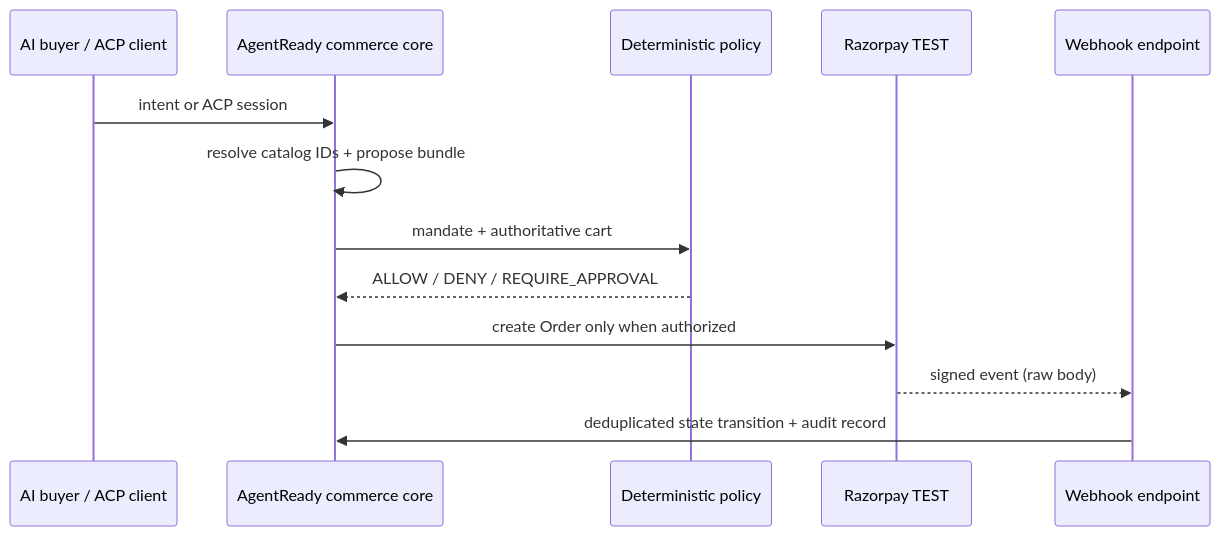
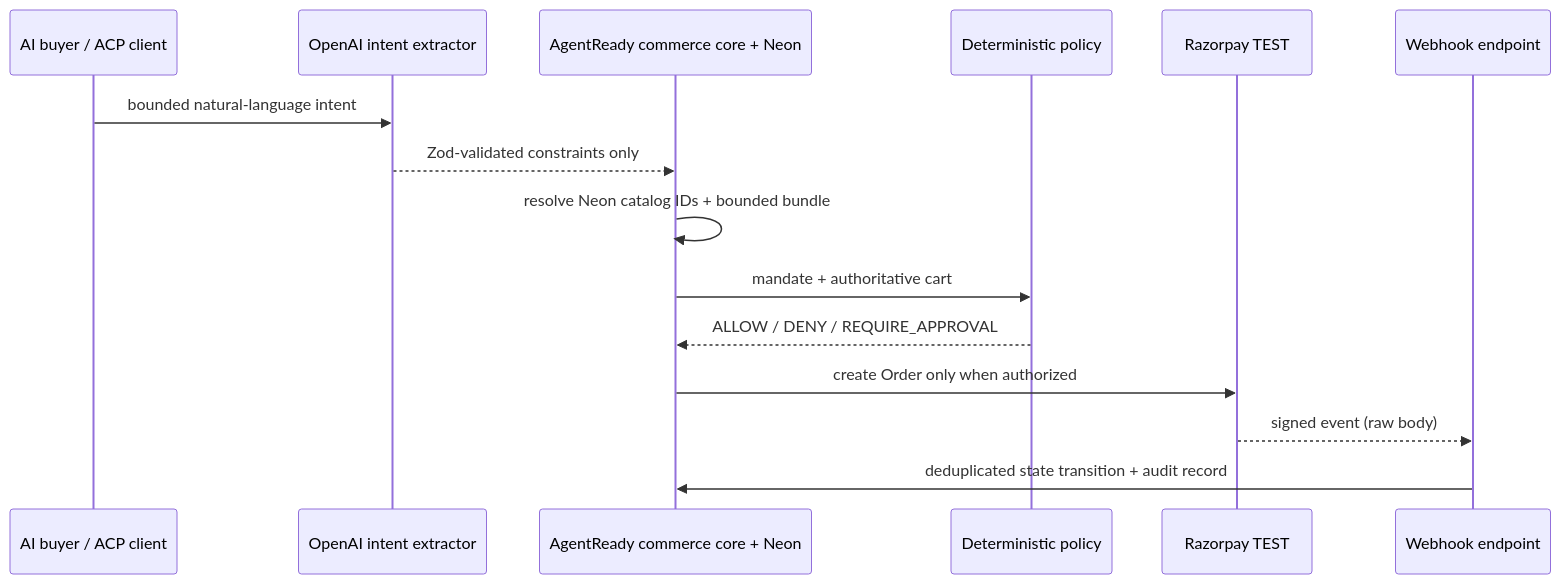
Before and after one commit to rishabh280305/razorpay: the diagram in docs/ARCHITECTURE.md, drawn with Mermaid. The commit also changed other lines of this file and 35 other files, not shown here.

Commit message:
feat: ship hosted AI commerce planning and durable ACP

````diff
--- a/docs/ARCHITECTURE.md
+++ b/docs/ARCHITECTURE.md
@@ -5,15 +5,17 @@
 ```mermaid
 sequenceDiagram
   participant A as AI buyer / ACP client
-  participant C as AgentReady commerce core
+  participant O as OpenAI intent extractor
+  participant C as AgentReady commerce core + Neon
   participant P as Deterministic policy
   participant R as Razorpay TEST
   participant W as Webhook endpoint
-  A->>C: intent or ACP session
-  C->>C: resolve catalog IDs + propose bundle
+  A->>O: bounded natural-language intent
+  O-->>C: Zod-validated constraints only
+  C->>C: resolve Neon catalog IDs + bounded bundle
   C->>P: mandate + authoritative cart
   P-->>C: ALLOW / DENY / REQUIRE_APPROVAL
   C->>R: create Order only when authorized
   R-->>W: signed event (raw body)
   W->>C: deduplicated state transition + audit record
 ```
````
